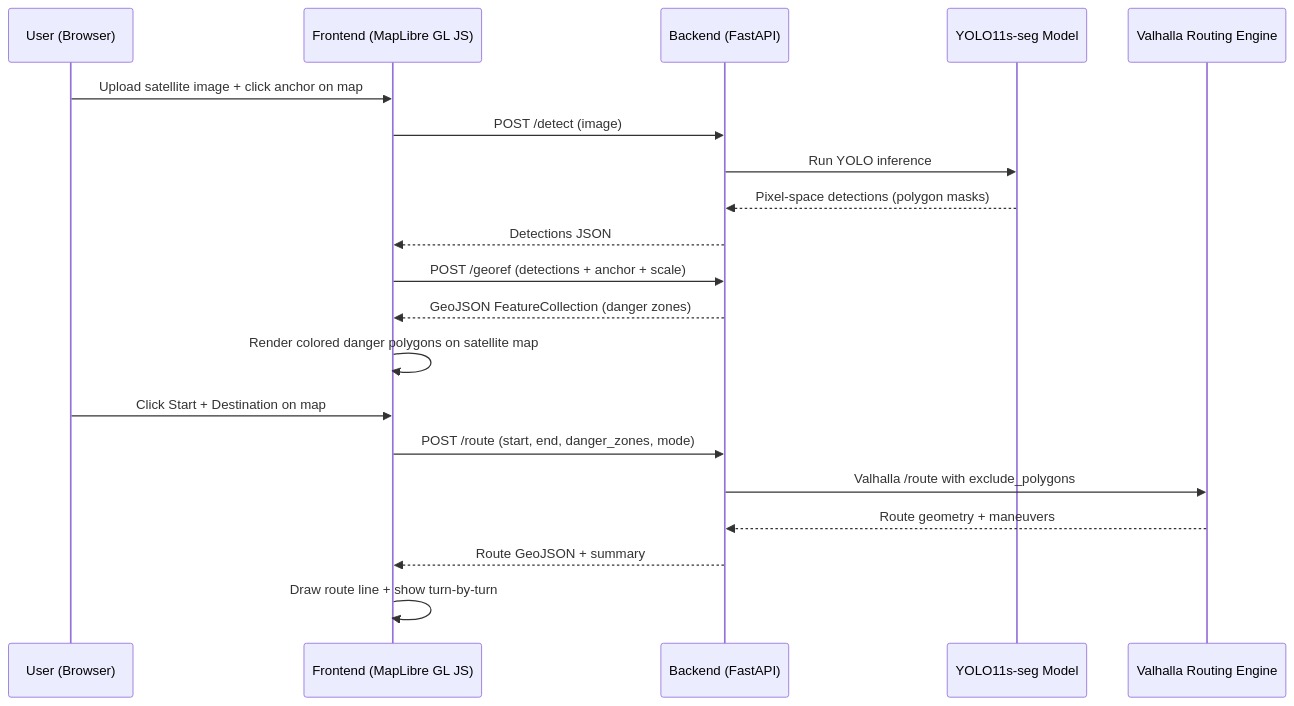
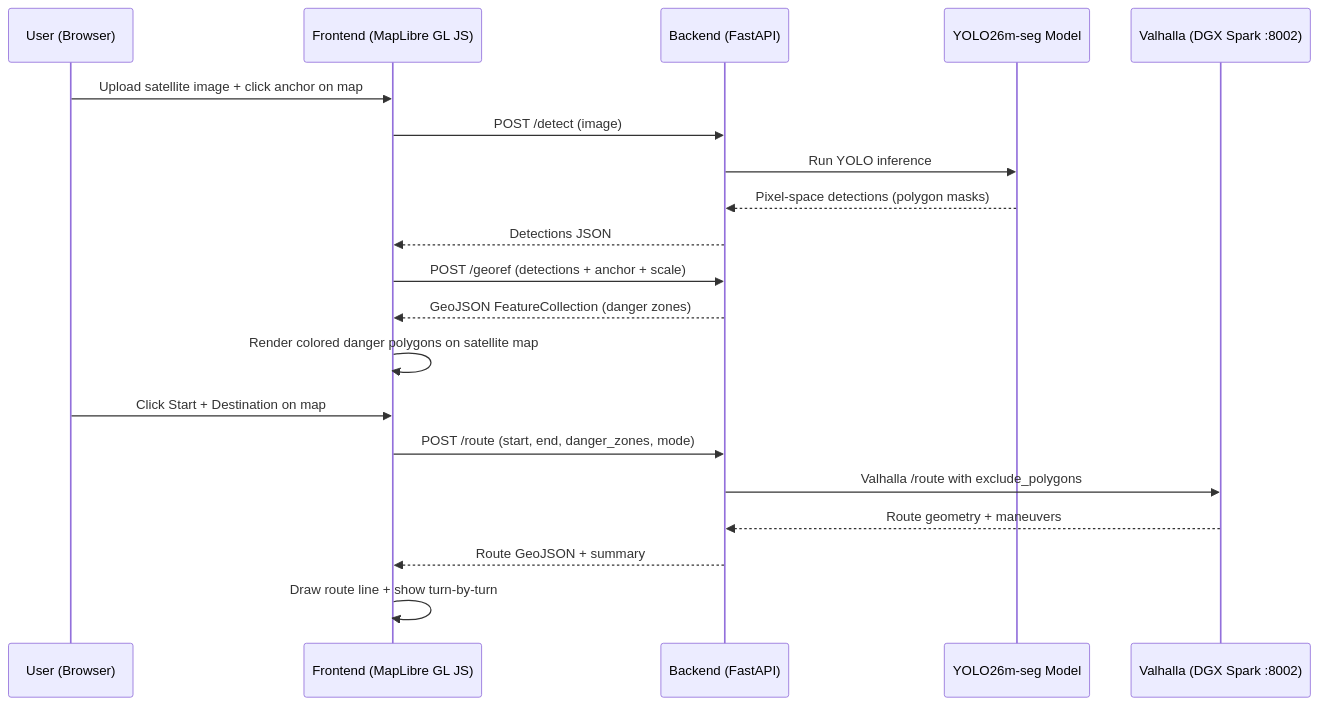
The second of 2 diagrams in docs/implementation_plan_v3.md (GraphoLogiCode/PathFinder), drawn with Mermaid before and after one commit. The commit also changed other lines of this file and 1 other file, not shown here.

Commit message:
docs: update backend plan to v3 architecture (Valhalla, georef pipeline, real xView2 stubs)

````diff
--- a/docs/implementation_plan_v3.md
+++ b/docs/implementation_plan_v3.md
@@ -243,25 +295,25 @@
 ```mermaid
 sequenceDiagram
     participant U as User (Browser)
     participant F as Frontend (MapLibre GL JS)
     participant B as Backend (FastAPI)
-    participant AI as YOLO11s-seg Model
-    participant V as Valhalla Routing Engine
+    participant AI as YOLO26m-seg Model
+    participant V as Valhalla (DGX Spark :8002)
 
     U->>F: Upload satellite image + click anchor on map
     F->>B: POST /detect (image)
     B->>AI: Run YOLO inference
     AI-->>B: Pixel-space detections (polygon masks)
     B-->>F: Detections JSON
 
     F->>B: POST /georef (detections + anchor + scale)
     B-->>F: GeoJSON FeatureCollection (danger zones)
     F->>F: Render colored danger polygons on satellite map
 
     U->>F: Click Start + Destination on map
     F->>B: POST /route (start, end, danger_zones, mode)
     B->>V: Valhalla /route with exclude_polygons
     V-->>B: Route geometry + maneuvers
     B-->>F: Route GeoJSON + summary
     F->>F: Draw route line + show turn-by-turn
 ```
````
